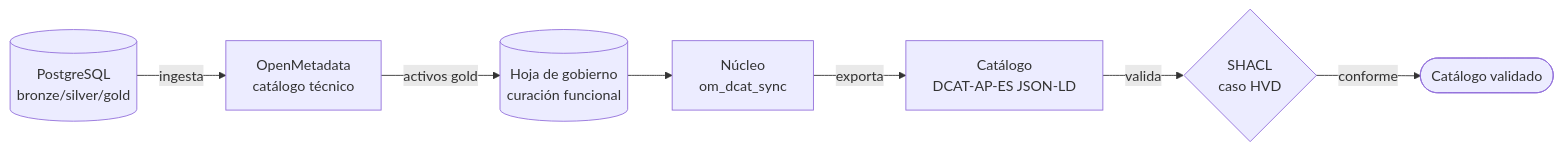
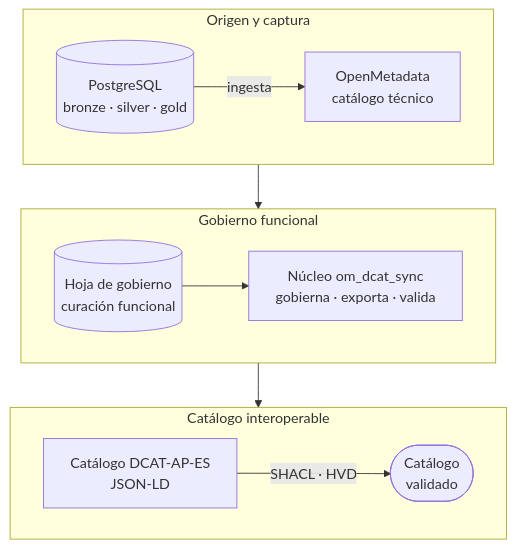
Diagram 12 of 14 in docs/diagramas_mermaid.md (AlonsoMarcosM/TFM_Alonso_Marcos_Mu-oz), drawn with Mermaid before and after one commit. The commit also changed other lines of this file and 22 other files, not shown here.

````diff
--- a/docs/diagramas_mermaid.md
+++ b/docs/diagramas_mermaid.md
@@ -216,9 +222,16 @@
 ```mermaid
-flowchart LR
-  PG[(PostgreSQL<br/>bronze/silver/gold)] -->|ingesta| OM[OpenMetadata<br/>catálogo técnico]
-  OM -->|activos gold| SHEET[(Hoja de gobierno<br/>curación funcional)]
-  SHEET --> CORE[Núcleo<br/>om_dcat_sync]
-  CORE -->|exporta| CAT[Catálogo<br/>DCAT-AP-ES JSON-LD]
-  CAT -->|valida| SHACL{SHACL<br/>caso HVD}
-  SHACL -->|conforme| OK([Catálogo validado])
+flowchart TB
+  subgraph ORIGEN["Origen y captura"]
+    direction LR
+    PG[(PostgreSQL<br/>bronze · silver · gold)] -->|ingesta| OM[OpenMetadata<br/>catálogo técnico]
+  end
+  subgraph GOBIERNO["Gobierno funcional"]
+    direction LR
+    SHEET[(Hoja de gobierno<br/>curación funcional)] --> CORE["Núcleo om_dcat_sync<br/>gobierna · exporta · valida"]
+  end
+  subgraph SALIDA["Catálogo interoperable"]
+    direction LR
+    CAT[Catálogo DCAT-AP-ES<br/>JSON-LD] -->|SHACL · HVD| OK([Catálogo<br/>validado])
+  end
+  ORIGEN --> GOBIERNO --> SALIDA
 ```
````
